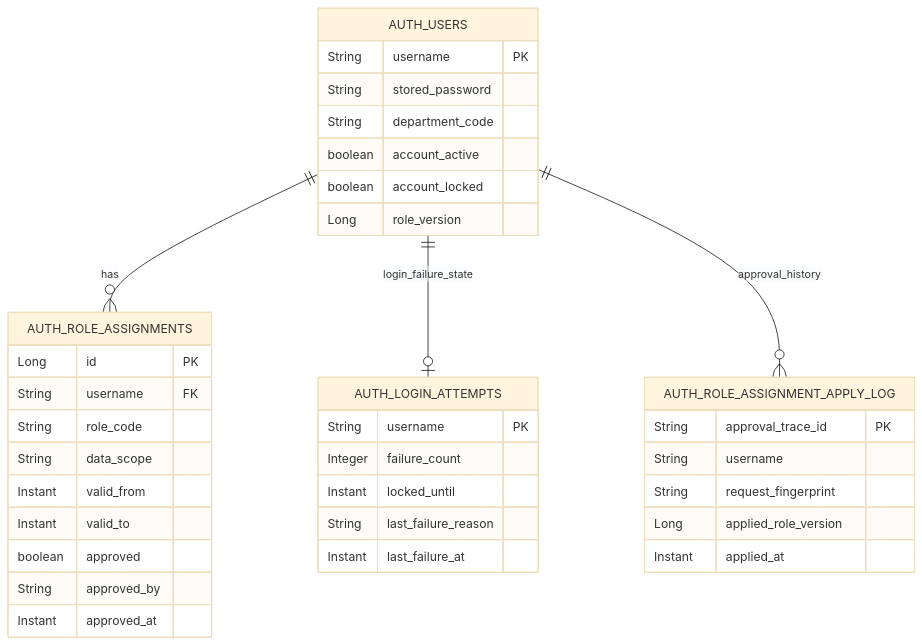
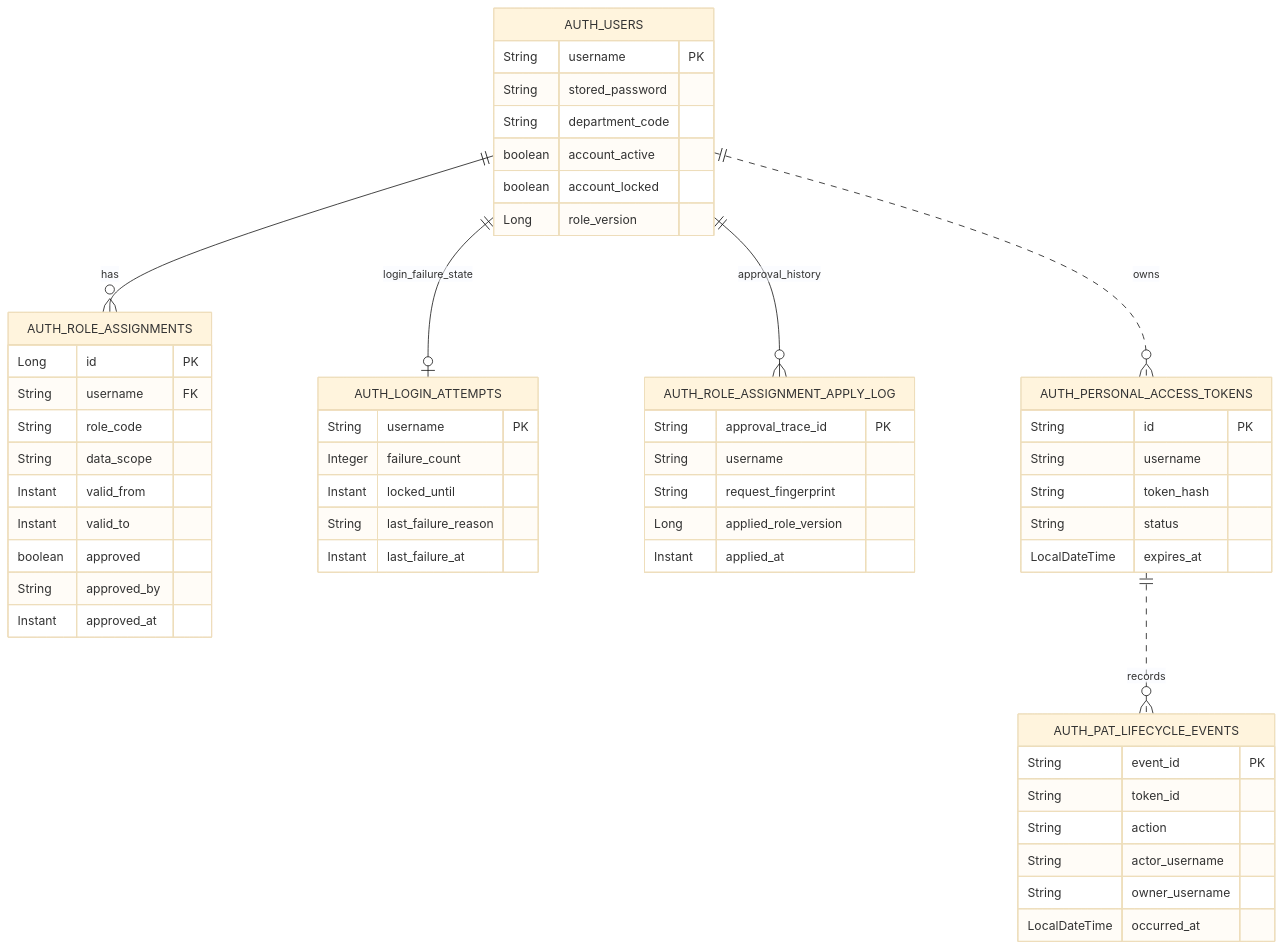
The diagram in auth/docs/schema.md (skyg547/account), drawn with Mermaid (base theme) before and after one commit. The commit also changed other lines of this file and 28 other files, not shown here.

````diff
--- a/auth/docs/schema.md
+++ b/auth/docs/schema.md
@@ -7,39 +7,56 @@
 ```mermaid
 erDiagram
     AUTH_USERS ||--o{ AUTH_ROLE_ASSIGNMENTS : has
     AUTH_USERS ||--o| AUTH_LOGIN_ATTEMPTS : login_failure_state
     AUTH_USERS ||--o{ AUTH_ROLE_ASSIGNMENT_APPLY_LOG : approval_history
+    AUTH_USERS ||..o{ AUTH_PERSONAL_ACCESS_TOKENS : owns
+    AUTH_PERSONAL_ACCESS_TOKENS ||..o{ AUTH_PAT_LIFECYCLE_EVENTS : records
     AUTH_USERS {
         String username PK
         String stored_password
         String department_code
         boolean account_active
         boolean account_locked
         Long role_version
     }
     AUTH_ROLE_ASSIGNMENTS {
         Long id PK
         String username FK
         String role_code
         String data_scope
         Instant valid_from
         Instant valid_to
         boolean approved
         String approved_by
         Instant approved_at
     }
     AUTH_LOGIN_ATTEMPTS {
         String username PK
         Integer failure_count
         Instant locked_until
         String last_failure_reason
         Instant last_failure_at
     }
     AUTH_ROLE_ASSIGNMENT_APPLY_LOG {
         String approval_trace_id PK
         String username
         String request_fingerprint
         Long applied_role_version
         Instant applied_at
     }
+    AUTH_PERSONAL_ACCESS_TOKENS {
+        String id PK
+        String username
+        String token_hash
+        String status
+        LocalDateTime expires_at
+    }
+    AUTH_PAT_LIFECYCLE_EVENTS {
+        String event_id PK
+        String token_id
+        String action
+        String actor_username
+        String owner_username
+        LocalDateTime occurred_at
+    }
 ```
````
